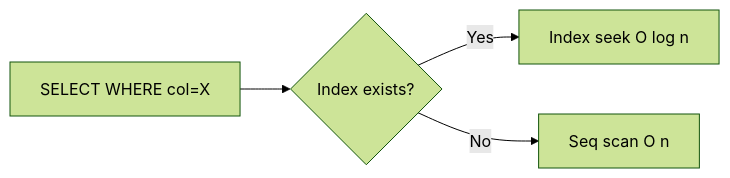
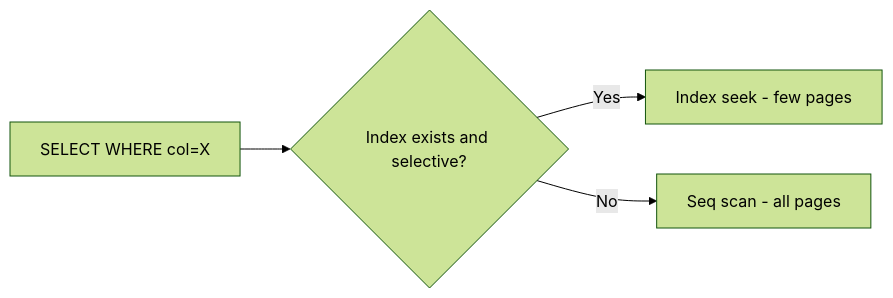
Before and after one commit to hareramcse/SystemDesign: the third of 20 diagrams in 02-databases/README.md, drawn with Mermaid (forest theme). The commit also changed other lines of this file and 8 other files, not shown here.

````diff
--- a/02-databases/README.md
+++ b/02-databases/README.md
@@ -141,6 +169,6 @@
 ```mermaid
 flowchart LR
-    Query[SELECT WHERE col=X] --> Plan{Index exists?}
-    Plan -->|Yes| Idx[Index seek O log n]
-    Plan -->|No| Scan[Seq scan O n]
+    Query[SELECT WHERE col=X] --> Plan{Index exists and selective?}
+    Plan -->|Yes| Idx[Index seek - few pages]
+    Plan -->|No| Scan[Seq scan - all pages]
 ```
````
